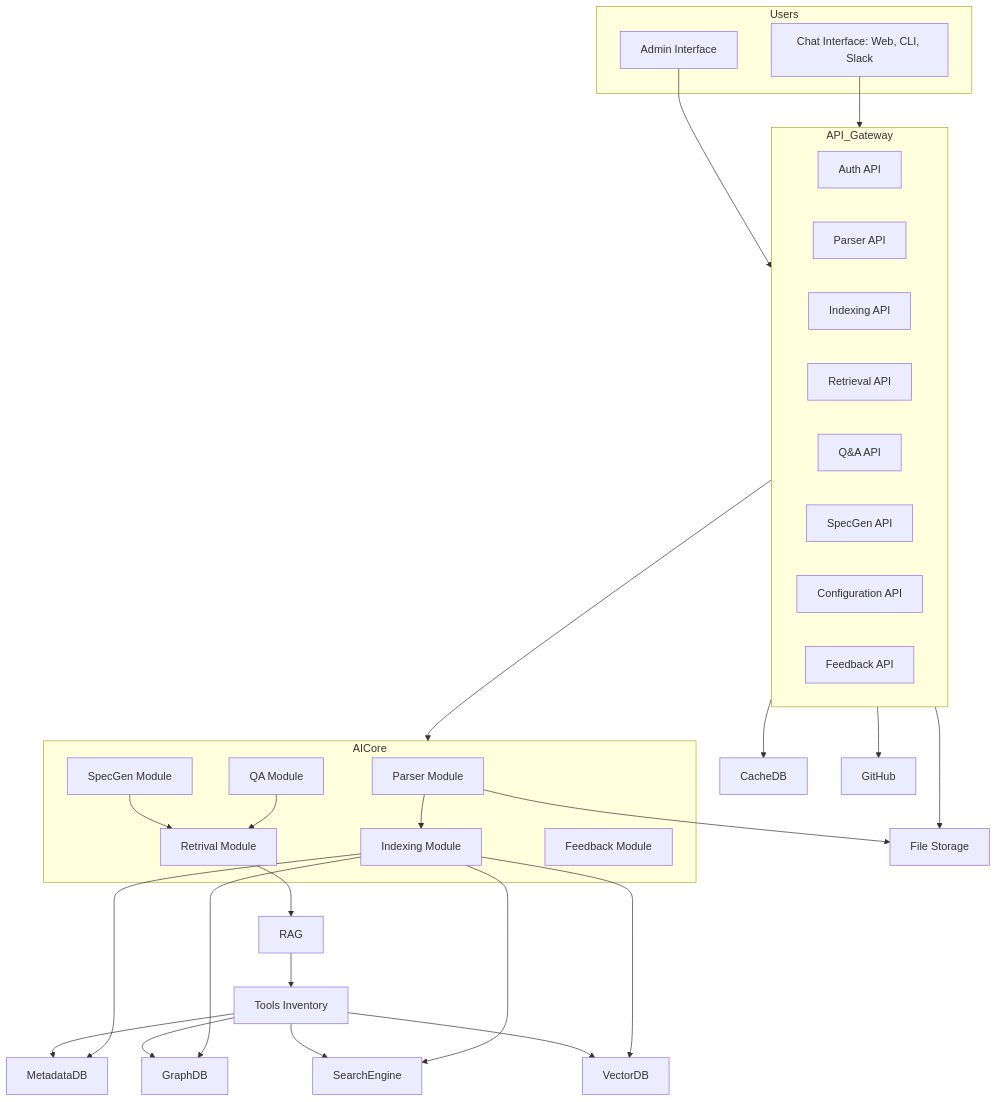
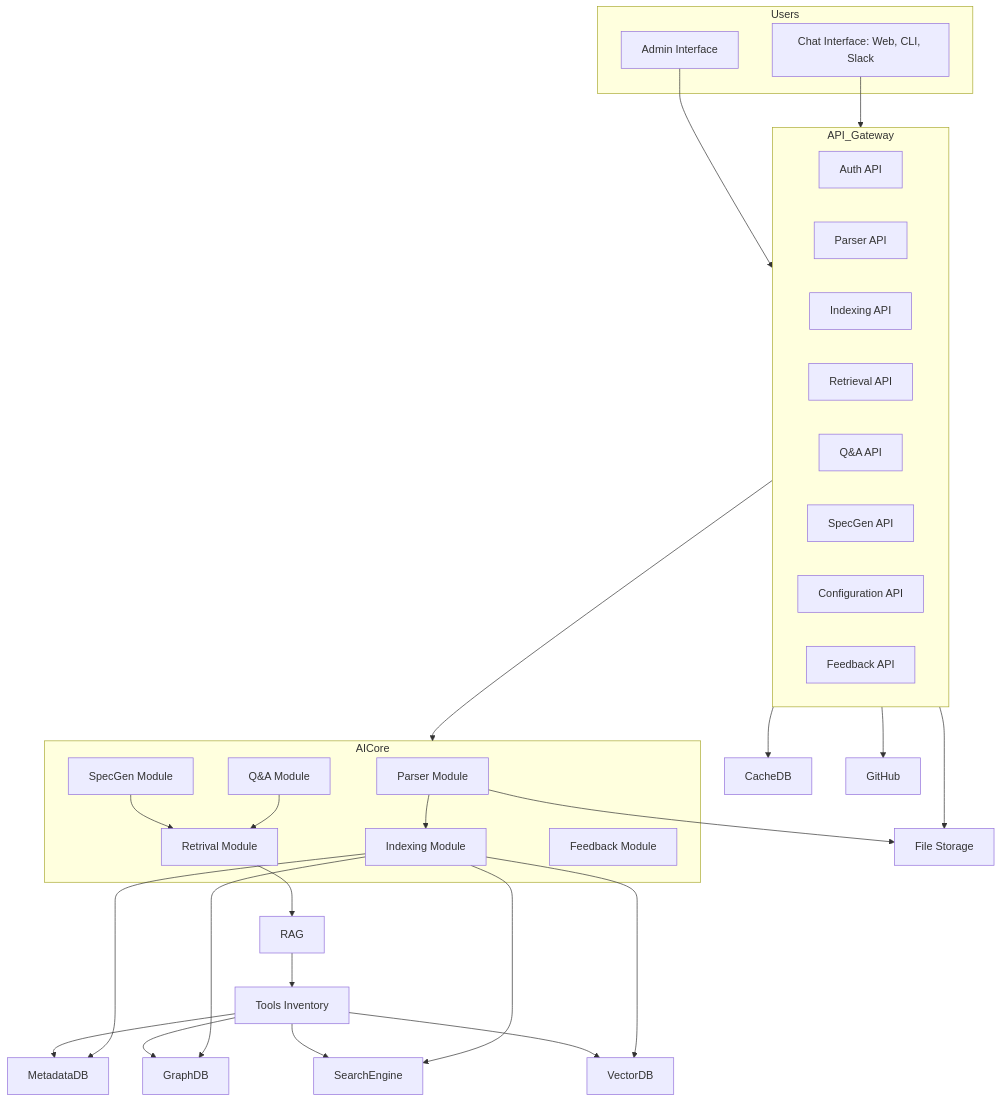
One commit to anhttmle/anhttmle.github.io changed the second of 2 diagrams in _draft/C2B/C4-Design.md. Above: the diagram before and after it, drawn with Mermaid.

````diff
--- a/_draft/C2B/C4-Design.md
+++ b/_draft/C2B/C4-Design.md
@@ -126,56 +126,56 @@
 ```mermaid
 flowchart TD
     subgraph Users
         ChatUI[Chat Interface: Web, CLI, Slack]
         AdminUI[Admin Interface]
     end
 
     ChatUI --> API_Gateway[API Gateway]
     AdminUI --> API_Gateway
 
     subgraph API_Gateway
         AuthAPI[Auth API]
         ParserAPI[Parser API]
         IndexingAPI[Indexing API]
         RetrievalAPI[Retrieval API]
         QAAPI[Q&A API]
         SpecGenAPI[SpecGen API]
         ConfigAPI[Configuration API]
         FeedbackAPI[Feedback API]
     end
 
     subgraph AICore
         Parser[Parser Module]
         Indexing[Indexing Module]
         Retrieval[Retrival Module]
-        QA[QA Module]
+        Q&A[Q&A Module]
         SpecGen[SpecGen Module]
         Feedback[Feedback Module]
     end
 
     API_Gateway --> FileStorage[File Storage]
     API_Gateway --> CacheDB
     API_Gateway --> GitHub
     API_Gateway --> AICore
 
     Parser --> Indexing
     Parser --> FileStorage
     
     Indexing --> MetadataDB
     Indexing --> GraphDB
     Indexing --> SearchEngine
     Indexing --> VectorDB
 
     Retrieval --> RAG
     RAG --> Tools[Tools Inventory]
 
     Tools --> MetadataDB
     Tools --> GraphDB
     Tools --> SearchEngine
     Tools --> VectorDB
     
-    QA --> Retrieval
+    Q&A --> Retrieval
     SpecGen --> Retrieval
 
 
 ```
````
